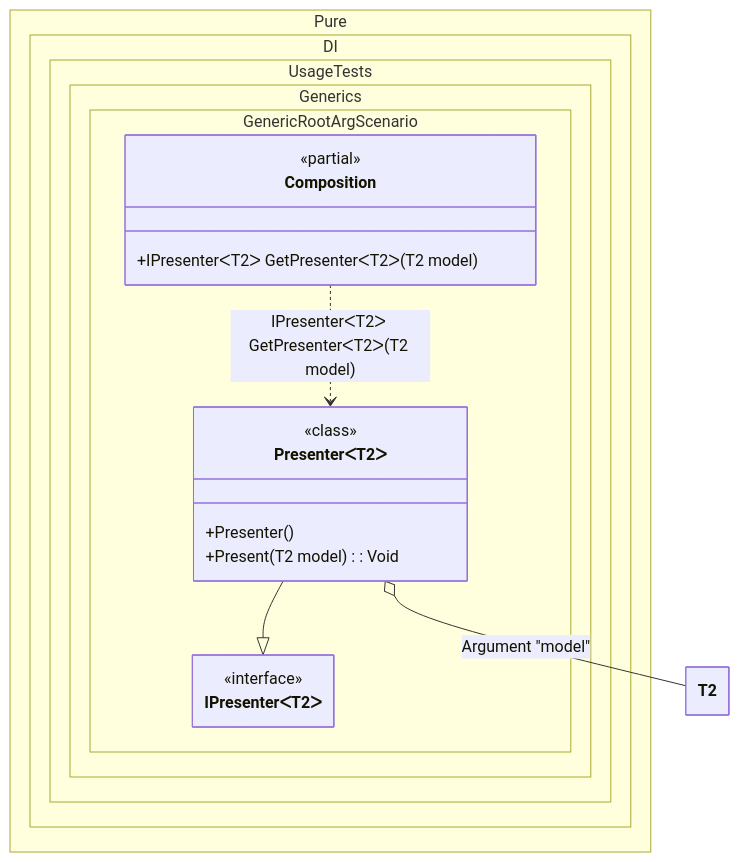
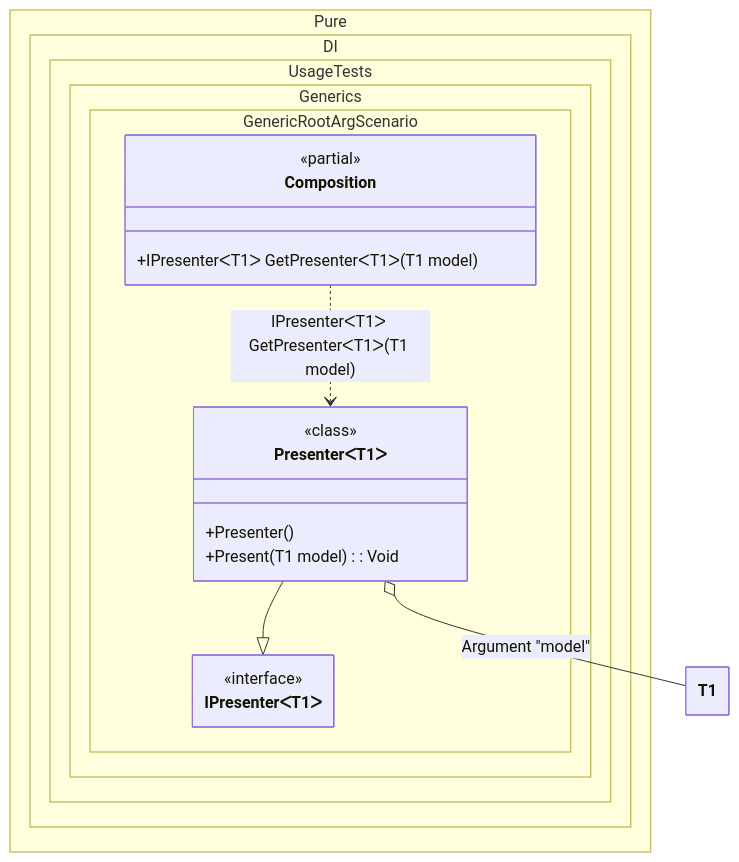
One commit to DevTeam/Pure.DI changed the diagram in readme/generic-root-arguments.md. Above: the diagram before and after it, drawn with Mermaid. The commit also changed other lines of this file and 169 other files, not shown here.

````diff
--- a/readme/generic-root-arguments.md
+++ b/readme/generic-root-arguments.md
@@ -95,27 +95,27 @@
 ```mermaid
 ---
  config:
   maxTextSize: 2147483647
   maxEdges: 2147483647
   class:
    hideEmptyMembersBox: true
 ---
 classDiagram
-	PresenterᐸT2ᐳ --|> IPresenterᐸT2ᐳ
-	Composition ..> PresenterᐸT2ᐳ : IPresenterᐸT2ᐳ GetPresenterᐸT2ᐳ(T2 model)
-	PresenterᐸT2ᐳ o-- T2 : Argument "model"
+	PresenterᐸT1ᐳ --|> IPresenterᐸT1ᐳ
+	Composition ..> PresenterᐸT1ᐳ : IPresenterᐸT1ᐳ GetPresenterᐸT1ᐳ(T1 model)
+	PresenterᐸT1ᐳ o-- T1 : Argument "model"
 	namespace Pure.DI.UsageTests.Generics.GenericRootArgScenario {
 		class Composition {
 		<<partial>>
-		+IPresenterᐸT2ᐳ GetPresenterᐸT2ᐳ(T2 model)
+		+IPresenterᐸT1ᐳ GetPresenterᐸT1ᐳ(T1 model)
 		}
-		class IPresenterᐸT2ᐳ {
+		class IPresenterᐸT1ᐳ {
 			<<interface>>
 		}
-		class PresenterᐸT2ᐳ {
+		class PresenterᐸT1ᐳ {
 				<<class>>
 			+Presenter()
-			+Present(T2 model) : Void
+			+Present(T1 model) : Void
 		}
 	}
 ```
````
